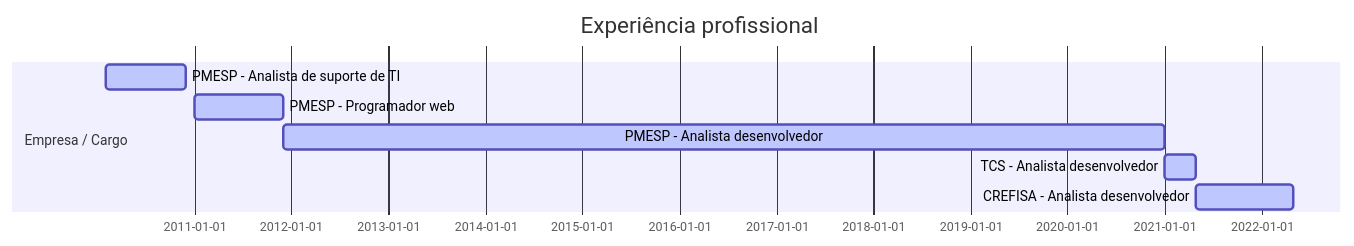
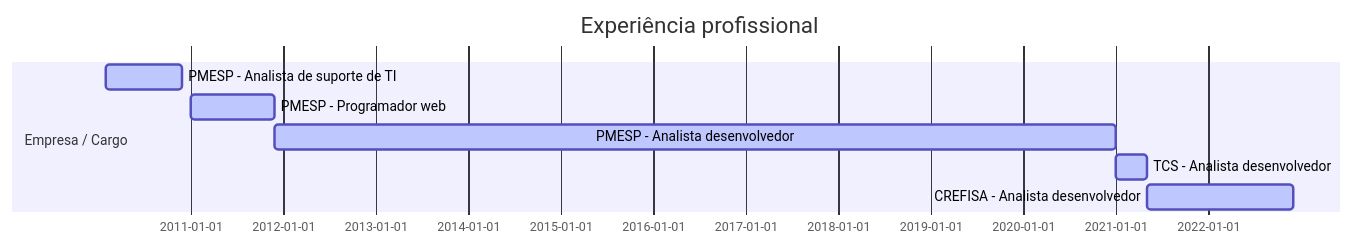
One commit to pauloferreira000/pauloferreira000 changed the diagram in README.md. Above: the diagram before and after it, drawn with Mermaid. The commit also changed other lines of this file, not shown here.

````diff
--- a/README.md
+++ b/README.md
@@ -33,13 +32,13 @@
 ```mermaid
 
 gantt
 dateFormat  YYYY-MM-DD
 title Experiência profissional
 section Empresa / Cargo
 PMESP - Analista de suporte de TI  :active,, 2010-02-01,2010-12-01
 PMESP - Programador web            :active,, 2011-01-01,2011-12-01
 PMESP - Analista desenvolvedor     :active,, 2011-12-01,2021-01-01
 TCS - Analista desenvolvedor       :active,, 2021-01-01,2021-05-01
-CREFISA - Analista desenvolvedor   :active,, 2021-05-01,2022-05-01
+CREFISA - Analista desenvolvedor   :active,, 2021-05-01,2022-12-01
 
 ```
````
